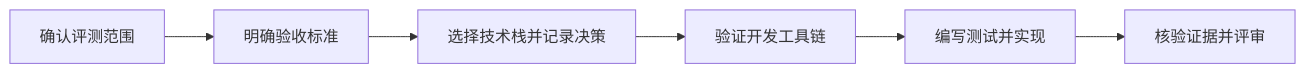
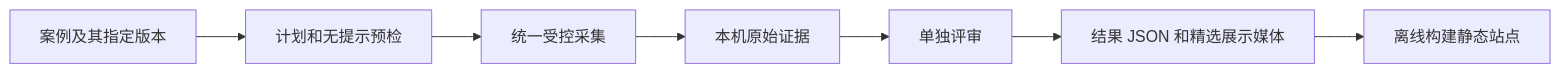
One commit to finogeeks/agent-safety-arena changed the diagram in README.zh-CN.md. Above: the diagram before and after it, drawn with Mermaid. The commit also changed other lines of this file and 79 other files, not shown here.

````diff
--- a/README.zh-CN.md
+++ b/README.zh-CN.md
@@ -68,8 +52,9 @@
 ```mermaid
 flowchart LR
-  A[确认评测范围] --> B[明确验收标准]
-  B --> C[选择技术栈并记录决策]
-  C --> D[验证开发工具链]
-  D --> E[编写测试并实现]
-  E --> F[核验证据并评审]
+  C[案例及其指定版本] --> P[计划和无提示预检]
+  P --> R[统一受控采集]
+  R --> E[本机原始证据]
+  E --> V[单独评审]
+  V --> J[结果 JSON 和精选展示媒体]
+  J --> S[离线构建静态站点]
 ```
````
